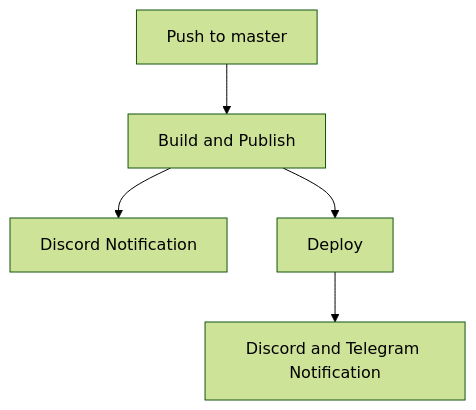
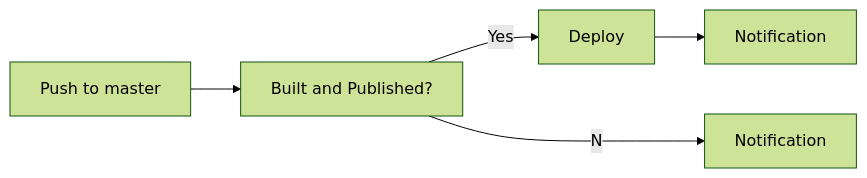
One commit to tsbsia/LTA-DataMall-API changed the diagram in README.md. Above: the diagram before and after it, drawn with Mermaid (forest theme). The commit also changed other lines of this file, not shown here.

````diff
--- a/README.md
+++ b/README.md
@@ -72,7 +72,7 @@
 ```mermaid
-graph TD;
-    A[Push to master]-->B[Build and Publish];
-    B-->E[Discord Notification];
-    B-->C[Deploy];
-    C-->D[Discord and Telegram Notification];
+graph LR;
+    A[Push to master]-->B[Built and Published?];
+    B--Yes-->C[Deploy];
+    B--No-->E[Notification];  
+    C-->D[Notification];
 ```
````
